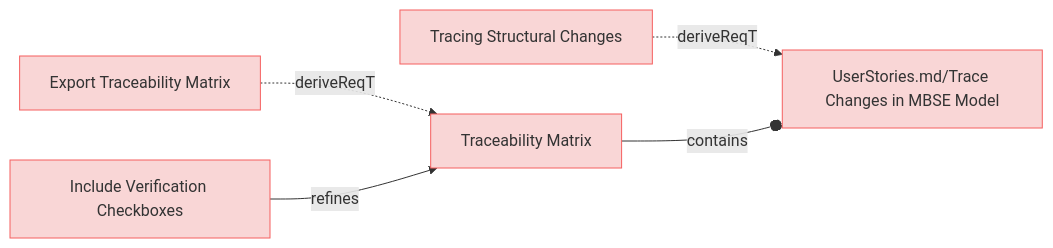
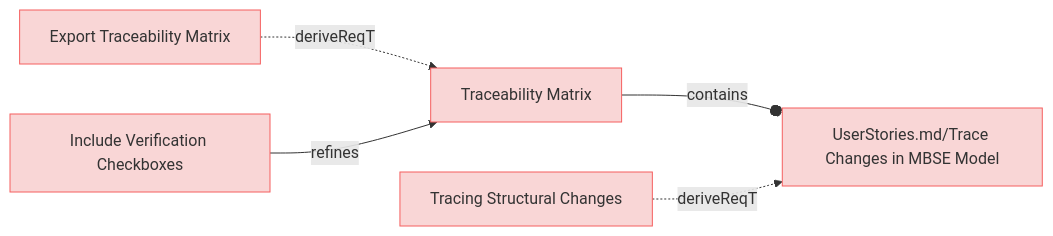
One commit to reqvire-org/reqvire changed the sixth of 8 diagrams in specifications/UserRequirements.md. Above: the diagram before and after it, drawn with Mermaid. The commit also changed other lines of this file and 44 other files, not shown here.

Commit message:
Diagrams bug fixes. Test improvements.

````diff
--- a/specifications/UserRequirements.md
+++ b/specifications/UserRequirements.md
@@ -401,28 +401,28 @@
 ```mermaid
 graph LR;
   %% Graph styling
   classDef requirement fill:#f9d6d6,stroke:#f55f5f,stroke-width:1px;
   classDef verification fill:#d6f9d6,stroke:#5fd75f,stroke-width:1px;
   classDef externalLink fill:#d0e0ff,stroke:#3080ff,stroke-width:1px;
   classDef default fill:#f5f5f5,stroke:#333333,stroke-width:1px;
 
-  d7b7b13a5b8d96e1["Tracing Structural Changes"];
-  click d7b7b13a5b8d96e1 "specifications/UserRequirements.md#tracing-structural-changes#tracing-structural-changes";
-  class d7b7b13a5b8d96e1 requirement;
+  4e30ea0930dc9c26["Traceability Matrix"];
+  class 4e30ea0930dc9c26 requirement;
+  click 4e30ea0930dc9c26 "UserRequirements.md#traceability-matrix";
   5ef9c8ae19a9f55a["UserStories.md/Trace Changes in MBSE Model"];
   class 5ef9c8ae19a9f55a requirement;
-  click 5ef9c8ae19a9f55a "specifications/UserStories.md#trace-changes-in-mbse-model#trace-changes-in-mbse-model";
-  d7b7b13a5b8d96e1 -.->|deriveReqT| 5ef9c8ae19a9f55a;
+  click 5ef9c8ae19a9f55a "UserStories.md#trace-changes-in-mbse-model";
+  4e30ea0930dc9c26 --o|contains| 5ef9c8ae19a9f55a;
   7de9a55d6102af23["Export Traceability Matrix"];
-  click 7de9a55d6102af23 "specifications/UserRequirements.md#export-traceability-matrix#export-traceability-matrix";
   class 7de9a55d6102af23 requirement;
-  4e30ea0930dc9c26["Traceability Matrix"];
-  class 4e30ea0930dc9c26 requirement;
-  click 4e30ea0930dc9c26 "specifications/UserRequirements.md#traceability-matrix#traceability-matrix";
+  click 7de9a55d6102af23 "UserRequirements.md#export-traceability-matrix";
   7de9a55d6102af23 -.->|deriveReqT| 4e30ea0930dc9c26;
   6d32b919c82784b7["Include Verification Checkboxes"];
-  click 6d32b919c82784b7 "specifications/UserRequirements.md#include-verification-checkboxes#include-verification-checkboxes";
   class 6d32b919c82784b7 requirement;
+  click 6d32b919c82784b7 "UserRequirements.md#include-verification-checkboxes";
   6d32b919c82784b7 -->|refines| 4e30ea0930dc9c26;
-  4e30ea0930dc9c26 --o|contains| 5ef9c8ae19a9f55a;
+  d7b7b13a5b8d96e1["Tracing Structural Changes"];
+  class d7b7b13a5b8d96e1 requirement;
+  click d7b7b13a5b8d96e1 "UserRequirements.md#tracing-structural-changes";
+  d7b7b13a5b8d96e1 -.->|deriveReqT| 5ef9c8ae19a9f55a;
 ```
````
